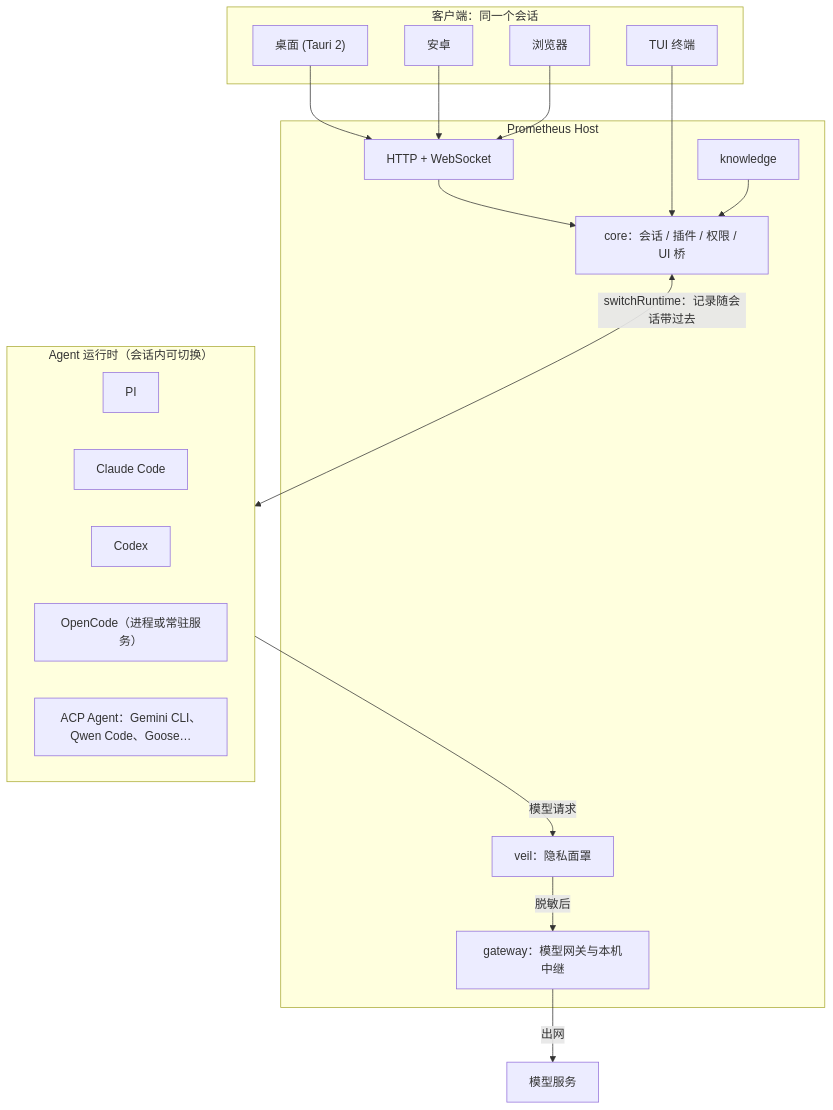
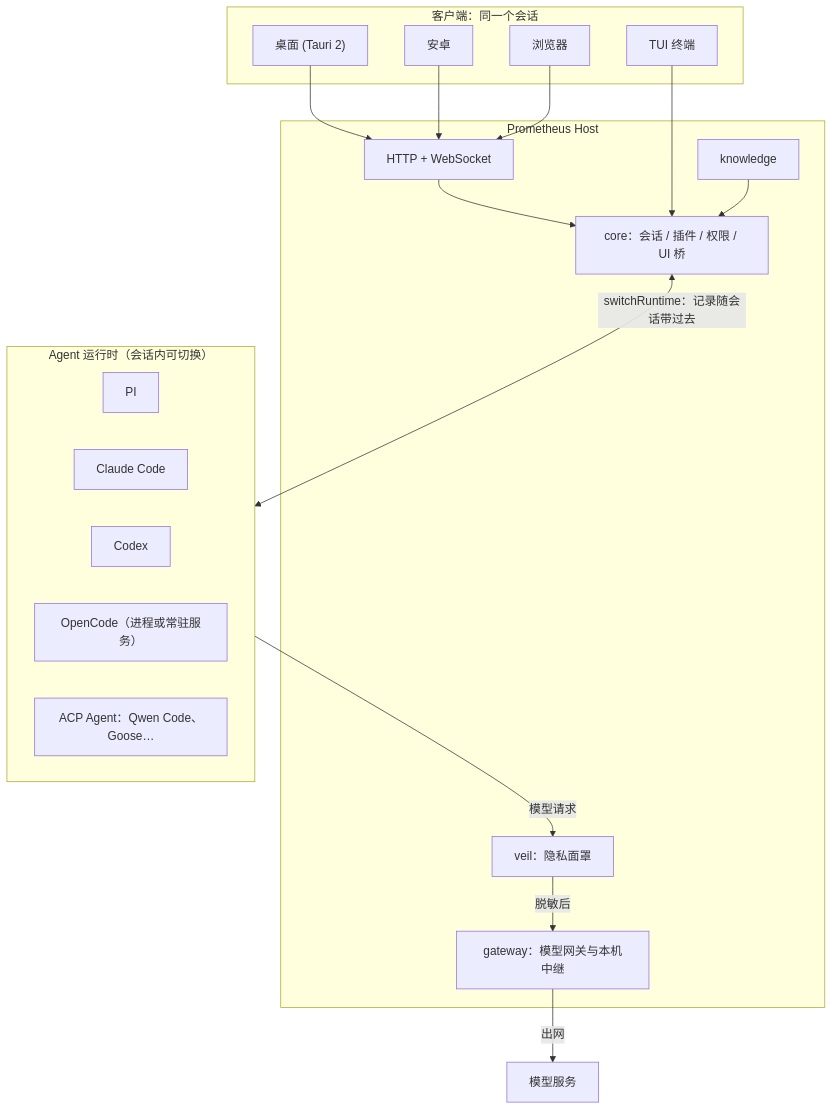
One commit to Mouseww/Prometheus changed the diagram in README.md. Above: the diagram before and after it, drawn with Mermaid. The commit also changed other lines of this file and 9 other files, not shown here.

Commit message:
Remove the Gemini CLI preset

````diff
--- a/README.md
+++ b/README.md
@@ -85,31 +85,31 @@
 ```mermaid
 flowchart TB
   subgraph Clients["客户端：同一个会话"]
     TUI["TUI 终端"]
     Desktop["桌面 (Tauri 2)"]
     Android["安卓"]
     Browser["浏览器"]
   end
   subgraph Host["Prometheus Host"]
     WS["HTTP + WebSocket"]
     Core["core：会话 / 插件 / 权限 / UI 桥"]
     GW["gateway：模型网关与本机中继"]
     KB["knowledge"]
     Veil["veil：隐私面罩"]
   end
   Model["模型服务"]
   subgraph Runtimes["Agent 运行时（会话内可切换）"]
     PI["PI"]
     CC["Claude Code"]
     CX["Codex"]
     OC["OpenCode（进程或常驻服务）"]
-    ACP["ACP Agent：Gemini CLI、Qwen Code、Goose…"]
+    ACP["ACP Agent：Qwen Code、Goose…"]
   end
   Desktop & Android & Browser --> WS --> Core
   TUI --> Core
   Core <-->|"switchRuntime：记录随会话带过去"| Runtimes
   Runtimes -->|"模型请求"| Veil
   Veil -->|"脱敏后"| GW
   GW -->|"出网"| Model
   KB --> Core
 ```
````
